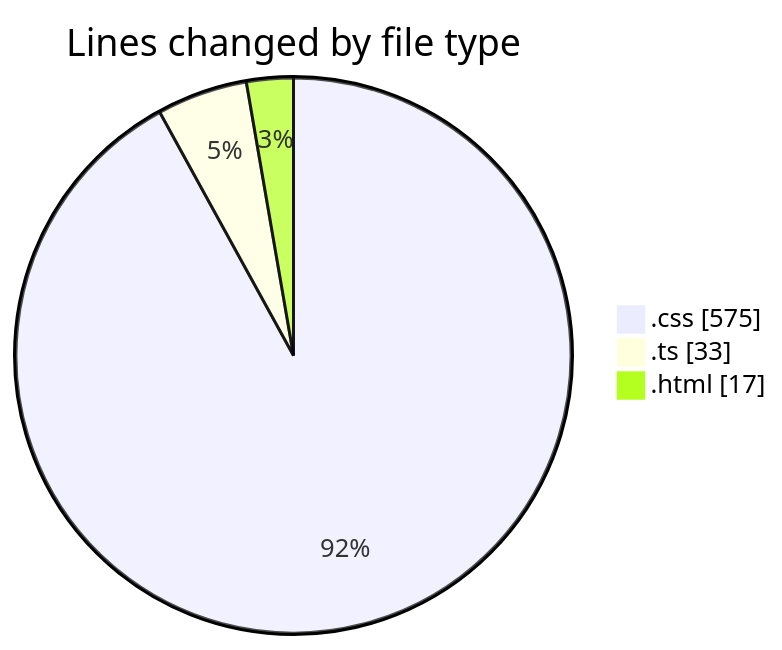
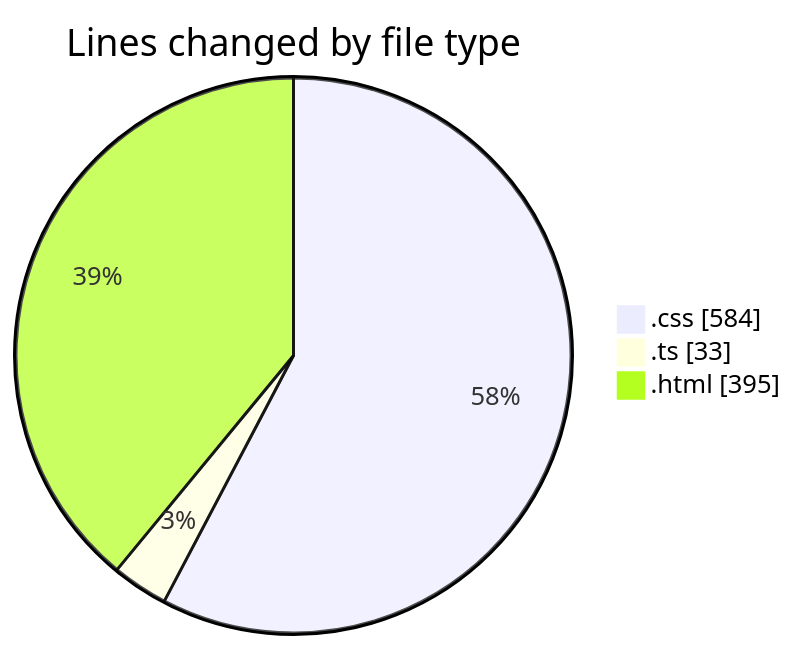
The first of 2 diagrams in 2026-01-06/budget_front_nest/README.md (igalym/code-tracking), drawn with Mermaid before and after one commit. The commit also changed other lines of this file and 1 other file, not shown here.

````diff
--- a/2026-01-06/budget_front_nest/README.md
+++ b/2026-01-06/budget_front_nest/README.md
@@ -24,7 +25,7 @@
 ```mermaid
 pie showData
 title Lines changed by file type
-".css" : 575
+".css" : 584
 ".ts" : 33
-".html" : 17
+".html" : 395
 ```
````
